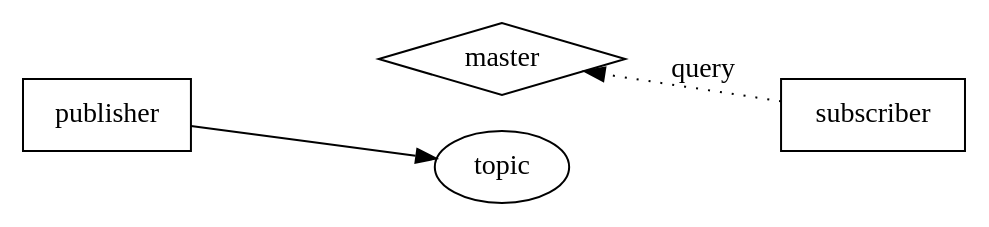
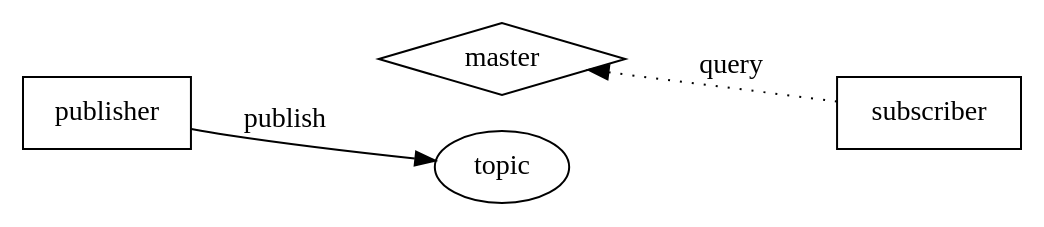
The diagram in dot/master_4.dot (shihyuan/duckietown_ros_slides), drawn with Graphviz before and after one commit. The commit also changed 9 other files, not shown here.

```diff
--- a/dot/master_4.dot
+++ b/dot/master_4.dot
@@ -1,1 +1,14 @@
-digraph master_4 {rankdir=LR; node [shape=box,style=filled,fillcolor=white]; publisher; subscriber; master [shape=diamond]; node [shape=ellipse,style=filled,fillcolor=white]; topic; {rank=same;master;topic} publisher->master[style=invis,label="register"]; publisher->topic subscriber->master[style=dotted,label="query"]; topic->subscriber[style=invis];}
+digraph {
+	rankdir=LR;
+	node [shape=box,style=filled,fillcolor=white];
+	publisher;
+	subscriber;
+	master [shape=diamond];
+	node [shape=ellipse,style=filled,fillcolor=white];
+	topic;
+	{rank=same;master;topic}
+	publisher->master[style=invis,label="register"];
+	publisher->topic[style="",label="publish"];
+	subscriber->master[style=dotted,label="query"];
+	topic->subscriber[style=invis,label="subscribe"];
+}
```
